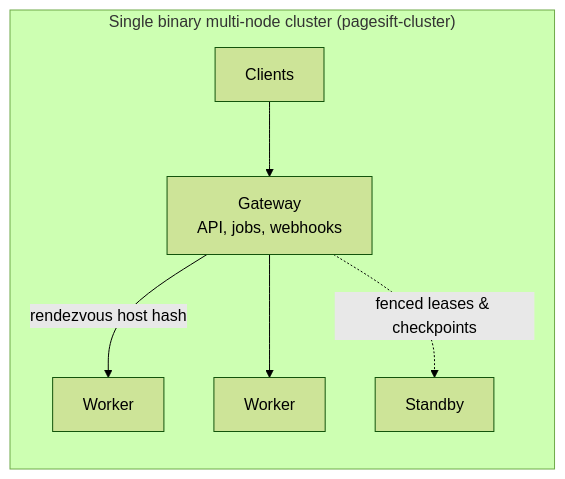
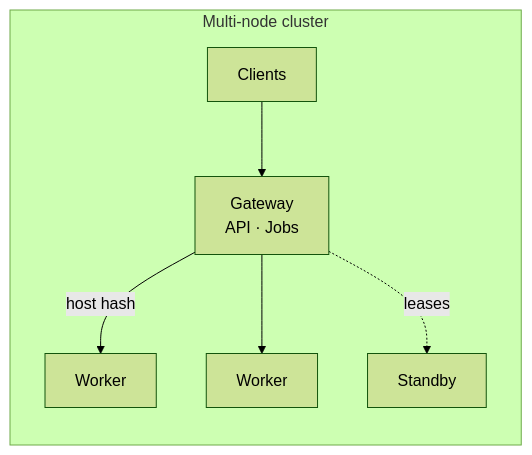
One commit to YOLOW92/pagesift changed the fourth of 4 diagrams in README.md. Above: the diagram before and after it, drawn with Mermaid (forest theme). The commit also changed other lines of this file and 104 other files, not shown here.

````diff
--- a/README.md
+++ b/README.md
@@ -209,9 +192,9 @@
 ```mermaid
 flowchart LR
-    subgraph Fleet["Single binary multi-node cluster (pagesift-cluster)"]
-        C[Clients] --> G[Gateway<br/>API, jobs, webhooks]
-        G -->|rendezvous host hash| W1[Worker]
-        G --> W2[Worker]
-        G -.->|fenced leases & checkpoints| S[Standby]
+    subgraph Fleet["Multi-node cluster"]
+        C["Clients"] --> G["Gateway<br/>API · Jobs"]
+        G -->|host hash| W1["Worker"]
+        G --> W2["Worker"]
+        G -.->|leases| S["Standby"]
     end
 ```
````
